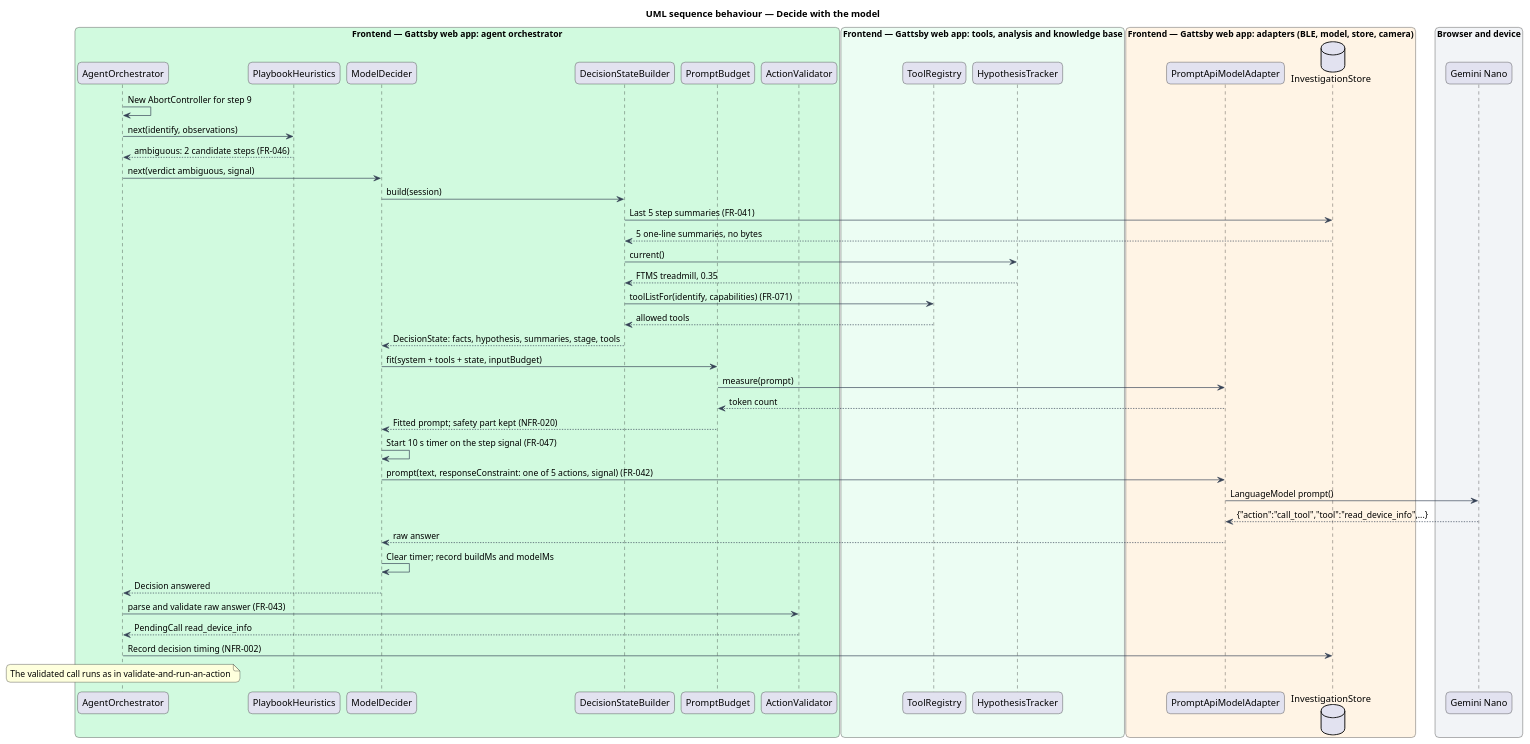
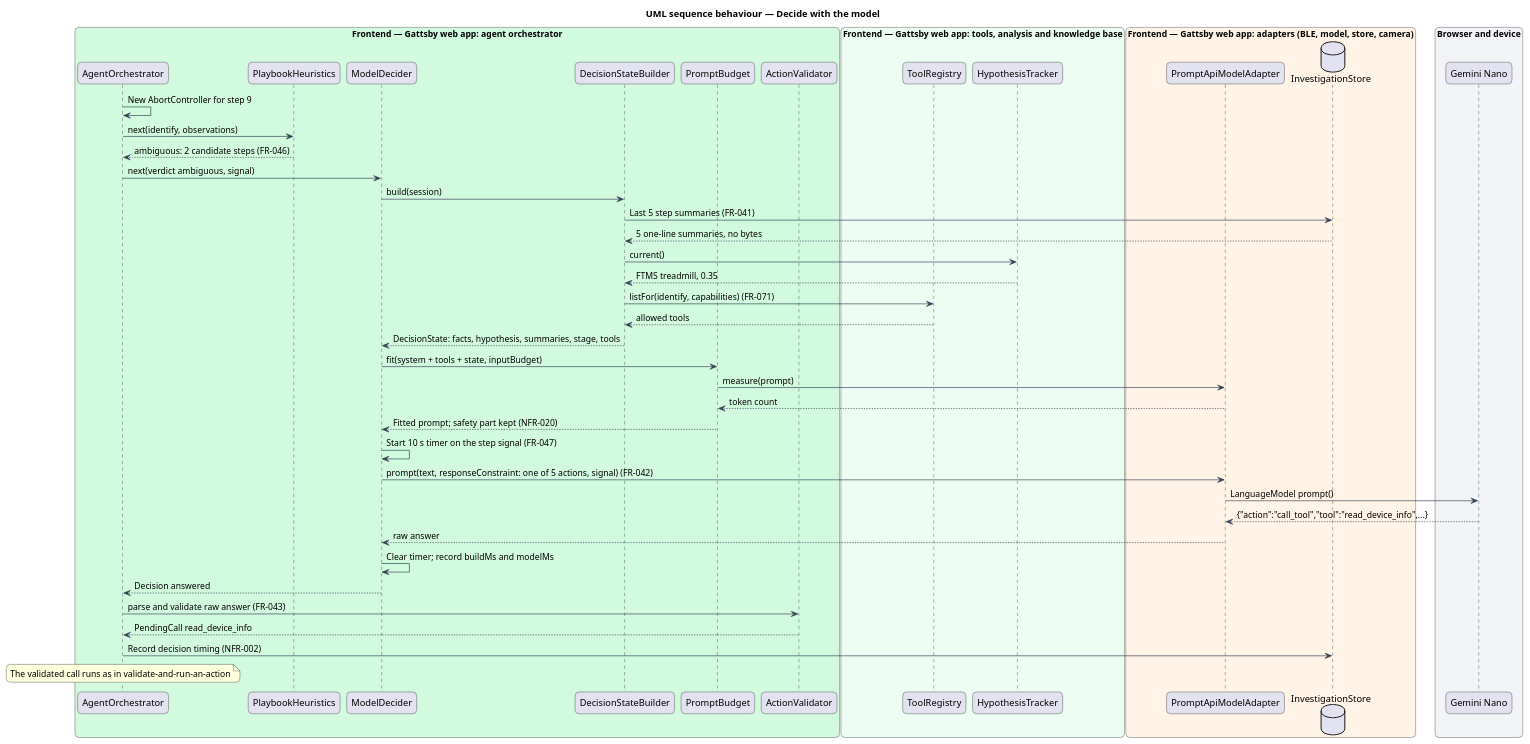
The diagram in docs/detailed-designs/agent/decide-the-next-action/diagrams/sequence-decide-with-the-model.puml (QuinntyneBrown/gattsby), drawn with PlantUML before and after one commit. The commit also changed 24 other files, not shown here.

```diff
--- a/docs/detailed-designs/agent/decide-the-next-action/diagrams/sequence-decide-with-the-model.puml
+++ b/docs/detailed-designs/agent/decide-the-next-action/diagrams/sequence-decide-with-the-model.puml
@@ -1,64 +1,64 @@
 @startuml
 title UML sequence behaviour — Decide with the model
 skinparam backgroundColor #FFFFFF
 skinparam shadowing false
 skinparam roundcorner 12
 skinparam defaultFontName Arial
 skinparam ArrowColor #344054
 skinparam rectangle {
   BorderColor #344054
   FontColor #101828
 }
 skinparam package {
   BorderColor #667085
   FontColor #101828
   BackgroundColor #F9FAFB
 }
 box "Frontend — Gattsby web app: agent orchestrator" #D1FADF
   participant "AgentOrchestrator" as orch
   participant "PlaybookHeuristics" as heur
   participant "ModelDecider" as decider
   participant "DecisionStateBuilder" as builder
   participant "PromptBudget" as budget
   participant "ActionValidator" as validator
 end box
 box "Frontend — Gattsby web app: tools, analysis and knowledge base" #ECFDF3
   participant "ToolRegistry" as registry
   participant "HypothesisTracker" as hypo
 end box
 box "Frontend — Gattsby web app: adapters (BLE, model, store, camera)" #FFF4E5
   participant "PromptApiModelAdapter" as model
   database "InvestigationStore" as store
 end box
 box "Browser and device" #F2F4F7
   participant "Gemini Nano" as nano
 end box
 
 orch -> orch : New AbortController for step 9
 orch -> heur : next(identify, observations)
 heur --> orch : ambiguous: 2 candidate steps (FR-046)
 orch -> decider : next(verdict ambiguous, signal)
 decider -> builder : build(session)
 builder -> store : Last 5 step summaries (FR-041)
 store --> builder : 5 one-line summaries, no bytes
 builder -> hypo : current()
 hypo --> builder : FTMS treadmill, 0.35
-builder -> registry : toolListFor(identify, capabilities) (FR-071)
+builder -> registry : listFor(identify, capabilities) (FR-071)
 registry --> builder : allowed tools
 builder --> decider : DecisionState: facts, hypothesis, summaries, stage, tools
 decider -> budget : fit(system + tools + state, inputBudget)
 budget -> model : measure(prompt)
 model --> budget : token count
 budget --> decider : Fitted prompt; safety part kept (NFR-020)
 decider -> decider : Start 10 s timer on the step signal (FR-047)
 decider -> model : prompt(text, responseConstraint: one of 5 actions, signal) (FR-042)
 model -> nano : LanguageModel prompt()
 nano --> model : {"action":"call_tool","tool":"read_device_info",...}
 model --> decider : raw answer
 decider -> decider : Clear timer; record buildMs and modelMs
 decider --> orch : Decision answered
 orch -> validator : parse and validate raw answer (FR-043)
 validator --> orch : PendingCall read_device_info
 orch -> store : Record decision timing (NFR-002)
 note over orch : The validated call runs as in validate-and-run-an-action
 @enduml
```
